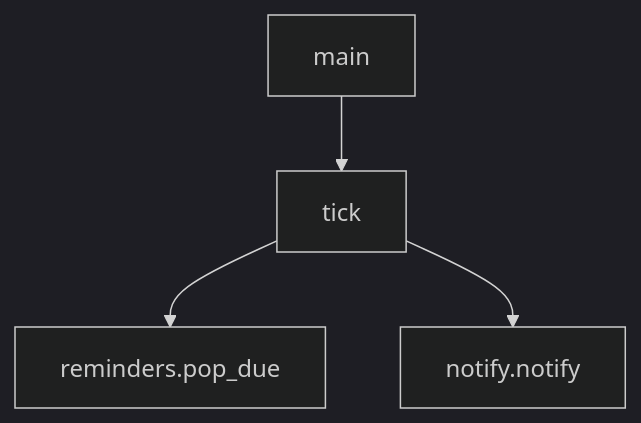
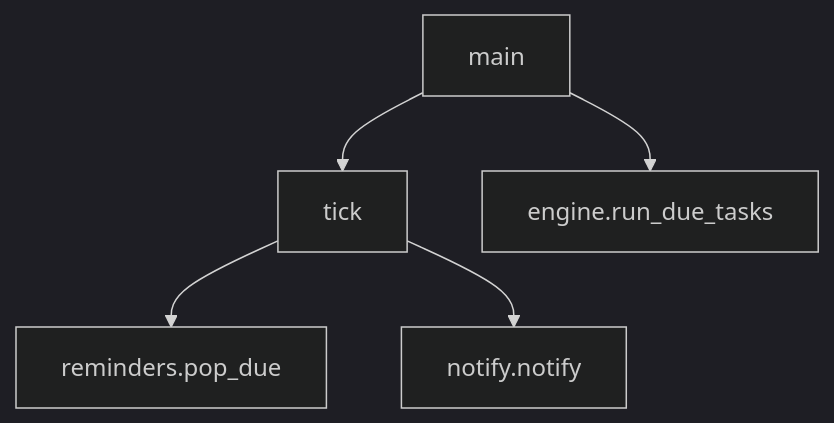
One commit to Lechuza22/LechuChabotLocal changed the diagram in codemap/daemon/lechu_daemon.md. Above: the diagram before and after it, drawn with Mermaid (dark theme). The commit also changed other lines of this file and 18 other files, not shown here.

````diff
--- a/codemap/daemon/lechu_daemon.md
+++ b/codemap/daemon/lechu_daemon.md
@@ -5,6 +5,7 @@
 ```mermaid
 flowchart TD
     main --> tick
     tick --> pop_due[reminders.pop_due]
     tick --> notify[notify.notify]
+    main --> run_due_tasks[engine.run_due_tasks]
 ```
````
